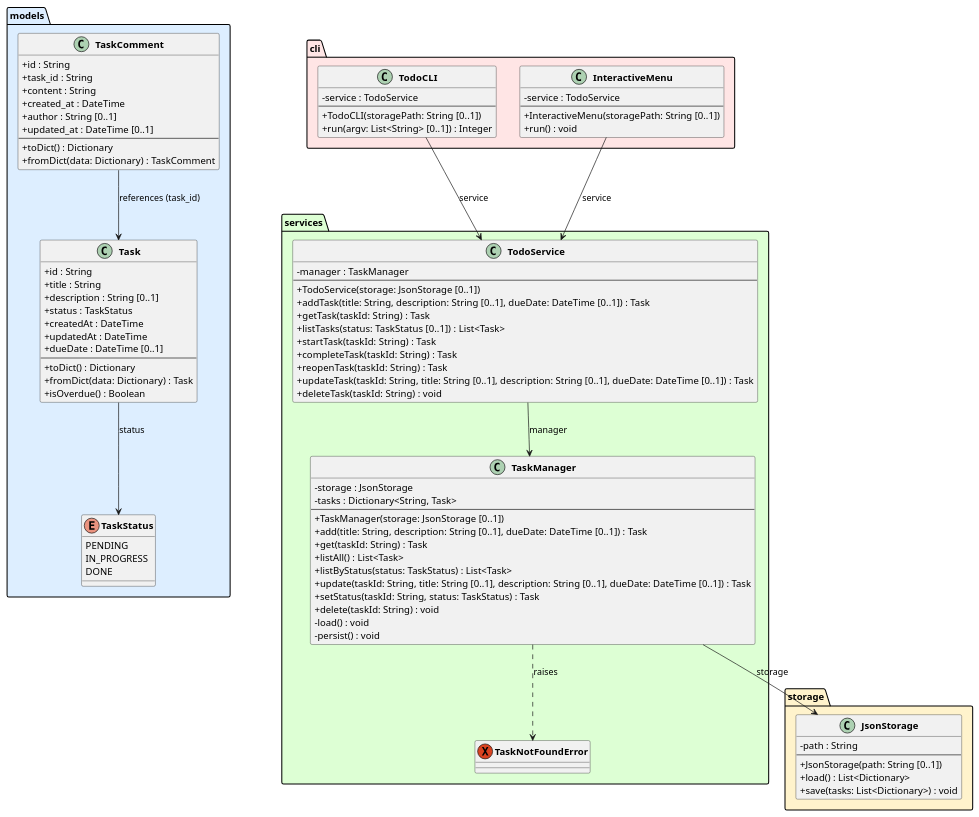
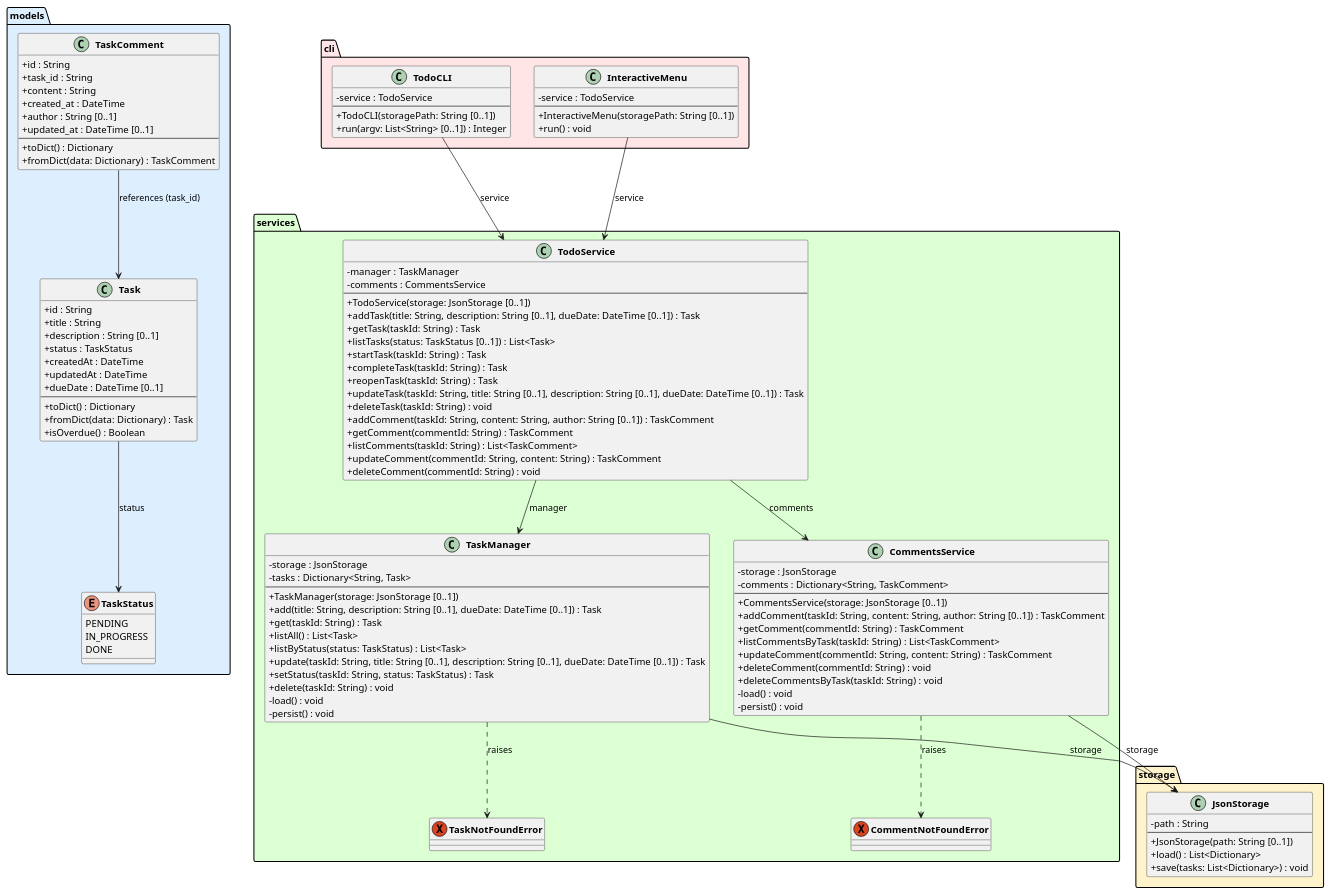
The diagram in experiments/broadcast/structured_text/TODO/artifacts/class_diagram.puml (DanielRiha8906/Software_autoevolution_using_agents), drawn with PlantUML before and after one commit. The commit also changed 12 other files, not shown here.

First line of the commit message:
task 04 | broadcast / structured_text / TODO

```diff
--- a/experiments/broadcast/structured_text/TODO/artifacts/class_diagram.puml
+++ b/experiments/broadcast/structured_text/TODO/artifacts/class_diagram.puml
@@ -1,108 +1,133 @@
 @startuml class_diagram
 
 skinparam classAttributeIconSize 0
 skinparam classFontStyle bold
 
 package "models" #DDEEFF {
     enum TaskStatus {
         PENDING
         IN_PROGRESS
         DONE
     }
 
     class Task {
         +id : String
         +title : String
         +description : String [0..1]
         +status : TaskStatus
         +createdAt : DateTime
         +updatedAt : DateTime
         +dueDate : DateTime [0..1]
         --
         +toDict() : Dictionary
         +fromDict(data: Dictionary) : Task
         +isOverdue() : Boolean
     }
 
     class TaskComment {
         +id : String
         +task_id : String
         +content : String
         +created_at : DateTime
         +author : String [0..1]
         +updated_at : DateTime [0..1]
         --
         +toDict() : Dictionary
         +fromDict(data: Dictionary) : TaskComment
     }
 }
 
 package "storage" #FFF3CC {
     class JsonStorage {
         -path : String
         --
         +JsonStorage(path: String [0..1])
         +load() : List<Dictionary>
         +save(tasks: List<Dictionary>) : void
     }
 }
 
 package "services" #DDFFD4 {
     exception TaskNotFoundError
+    exception CommentNotFoundError
 
     class TaskManager {
         -storage : JsonStorage
         -tasks : Dictionary<String, Task>
         --
         +TaskManager(storage: JsonStorage [0..1])
         +add(title: String, description: String [0..1], dueDate: DateTime [0..1]) : Task
         +get(taskId: String) : Task
         +listAll() : List<Task>
         +listByStatus(status: TaskStatus) : List<Task>
         +update(taskId: String, title: String [0..1], description: String [0..1], dueDate: DateTime [0..1]) : Task
         +setStatus(taskId: String, status: TaskStatus) : Task
         +delete(taskId: String) : void
         -load() : void
         -persist() : void
     }
 
+    class CommentsService {
+        -storage : JsonStorage
+        -comments : Dictionary<String, TaskComment>
+        --
+        +CommentsService(storage: JsonStorage [0..1])
+        +addComment(taskId: String, content: String, author: String [0..1]) : TaskComment
+        +getComment(commentId: String) : TaskComment
+        +listCommentsByTask(taskId: String) : List<TaskComment>
+        +updateComment(commentId: String, content: String) : TaskComment
+        +deleteComment(commentId: String) : void
+        +deleteCommentsByTask(taskId: String) : void
+        -load() : void
+        -persist() : void
+    }
+
     class TodoService {
         -manager : TaskManager
+        -comments : CommentsService
         --
         +TodoService(storage: JsonStorage [0..1])
         +addTask(title: String, description: String [0..1], dueDate: DateTime [0..1]) : Task
         +getTask(taskId: String) : Task
         +listTasks(status: TaskStatus [0..1]) : List<Task>
         +startTask(taskId: String) : Task
         +completeTask(taskId: String) : Task
         +reopenTask(taskId: String) : Task
         +updateTask(taskId: String, title: String [0..1], description: String [0..1], dueDate: DateTime [0..1]) : Task
         +deleteTask(taskId: String) : void
+        +addComment(taskId: String, content: String, author: String [0..1]) : TaskComment
+        +getComment(commentId: String) : TaskComment
+        +listComments(taskId: String) : List<TaskComment>
+        +updateComment(commentId: String, content: String) : TaskComment
+        +deleteComment(commentId: String) : void
     }
 }
 
 package "cli" #FFE5E5 {
     class TodoCLI {
         -service : TodoService
         --
         +TodoCLI(storagePath: String [0..1])
         +run(argv: List<String> [0..1]) : Integer
     }
 
     class InteractiveMenu {
         -service : TodoService
         --
         +InteractiveMenu(storagePath: String [0..1])
         +run() : void
     }
 }
 
 Task --> TaskStatus : status
 TaskComment --> Task : references (task_id)
 TaskManager --> JsonStorage : storage
 TaskManager ..> TaskNotFoundError : raises
+CommentsService --> JsonStorage : storage
+CommentsService ..> CommentNotFoundError : raises
 TodoService --> TaskManager : manager
+TodoService --> CommentsService : comments
 TodoCLI --> TodoService : service
 InteractiveMenu --> TodoService : service
 
 @enduml
```
